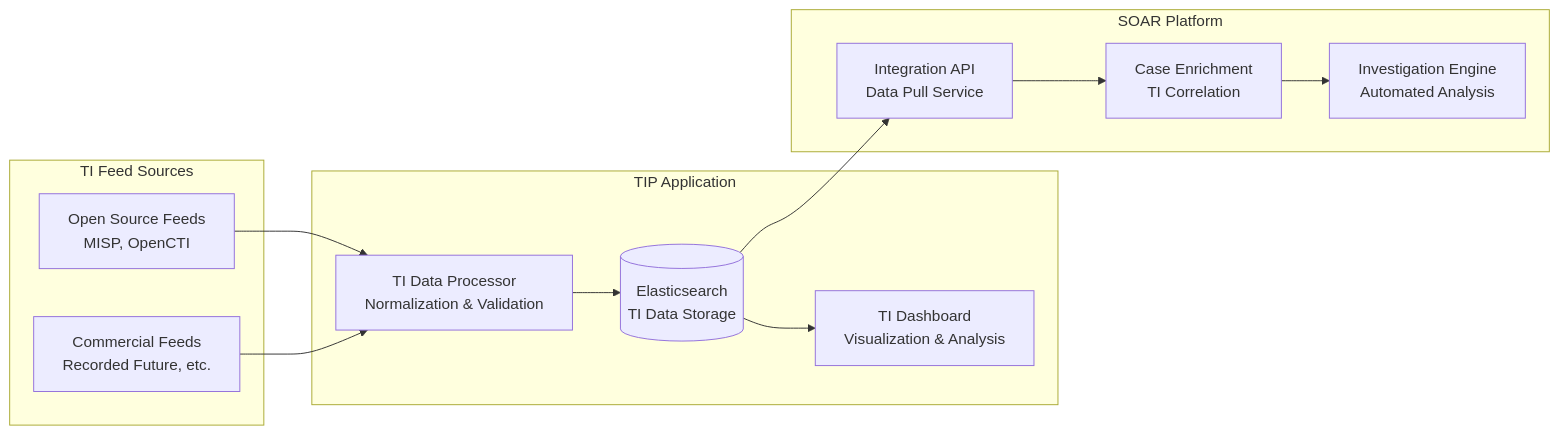
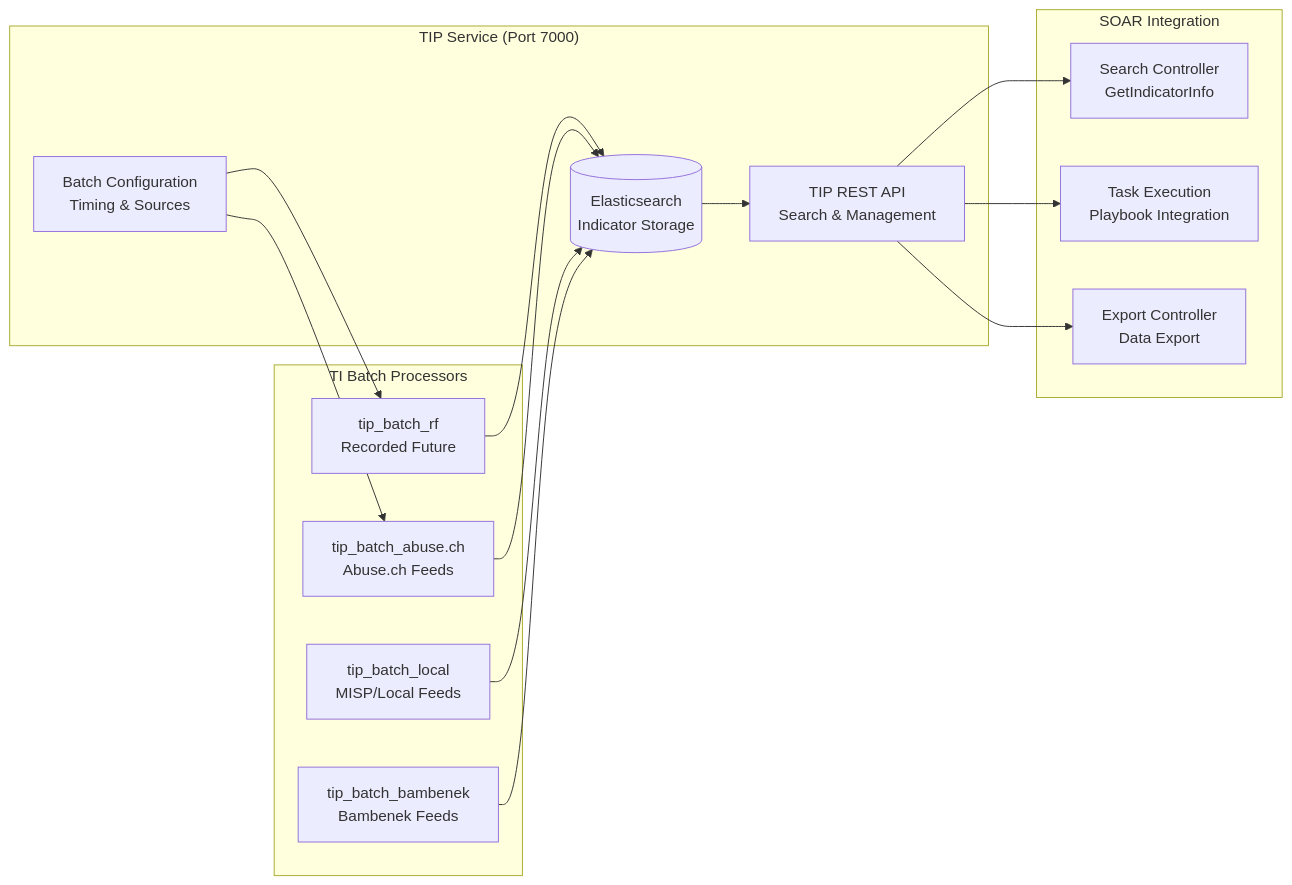
Before and after one commit to Vishwa0220/customers-docs: the third of 14 diagrams in SOAR_Architecture_SIEM_TI_Integration_Documentation.md, drawn with Mermaid. The commit also changed other lines of this file, not shown here.

````diff
--- a/SOAR_Architecture_SIEM_TI_Integration_Documentation.md
+++ b/SOAR_Architecture_SIEM_TI_Integration_Documentation.md
@@ -173,28 +176,34 @@
 ```mermaid
 graph LR
-    subgraph "TI Feed Sources"
-        OPENSOURCE[Open Source Feeds<br/>MISP, OpenCTI]
-        COMMERCIAL[Commercial Feeds<br/>Recorded Future, etc.]
+    subgraph "TI Batch Processors"
+        RF_BATCH[tip_batch_rf<br/>Recorded Future]
+        ABUSE_BATCH[tip_batch_abuse.ch<br/>Abuse.ch Feeds]
+        MISP_BATCH[tip_batch_local<br/>MISP/Local Feeds]
+        BAMBENEK_BATCH[tip_batch_bambenek<br/>Bambenek Feeds]
     end
     
-    subgraph "TIP Application"
-        TI_PROCESSOR[TI Data Processor<br/>Normalization & Validation]
-        TI_STORAGE[(Elasticsearch<br/>TI Data Storage)]
-        TI_DASHBOARD[TI Dashboard<br/>Visualization & Analysis]
+    subgraph "TIP Service (Port 7000)"
+        TIP_API[TIP REST API<br/>Search & Management]
+        TIP_STORAGE[(Elasticsearch<br/>Indicator Storage)]
+        BATCH_CONFIG[Batch Configuration<br/>Timing & Sources]
     end
     
-    subgraph "SOAR Platform"
-        INTEGRATION[Integration API<br/>Data Pull Service]
-        ENRICHMENT[Case Enrichment<br/>TI Correlation]
-        INVESTIGATION[Investigation Engine<br/>Automated Analysis]
+    subgraph "SOAR Integration"
+        SEARCH_API[Search Controller<br/>GetIndicatorInfo]
+        TASK_EXEC[Task Execution<br/>Playbook Integration]
+        EXPORT_API[Export Controller<br/>Data Export]
     end
     
-    OPENSOURCE --> TI_PROCESSOR
-    COMMERCIAL --> TI_PROCESSOR
-    TI_PROCESSOR --> TI_STORAGE
-    TI_STORAGE --> TI_DASHBOARD
+    RF_BATCH --> TIP_STORAGE
+    ABUSE_BATCH --> TIP_STORAGE
+    MISP_BATCH --> TIP_STORAGE
+    BAMBENEK_BATCH --> TIP_STORAGE
     
-    TI_STORAGE --> INTEGRATION
-    INTEGRATION --> ENRICHMENT
-    ENRICHMENT --> INVESTIGATION
+    TIP_STORAGE --> TIP_API
+    TIP_API --> SEARCH_API
+    TIP_API --> TASK_EXEC
+    TIP_API --> EXPORT_API
+    
+    BATCH_CONFIG --> RF_BATCH
+    BATCH_CONFIG --> ABUSE_BATCH
 ```
````
